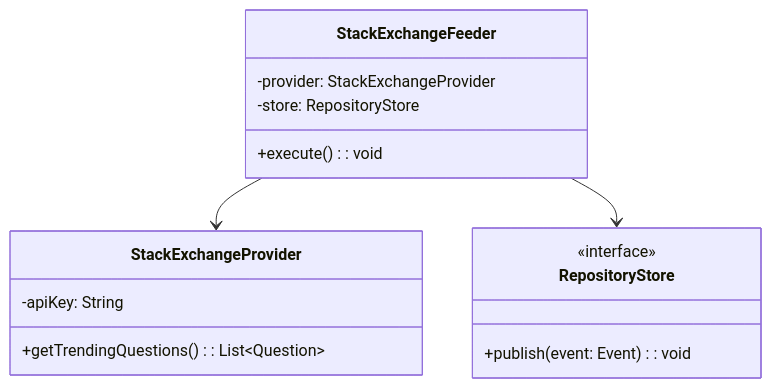
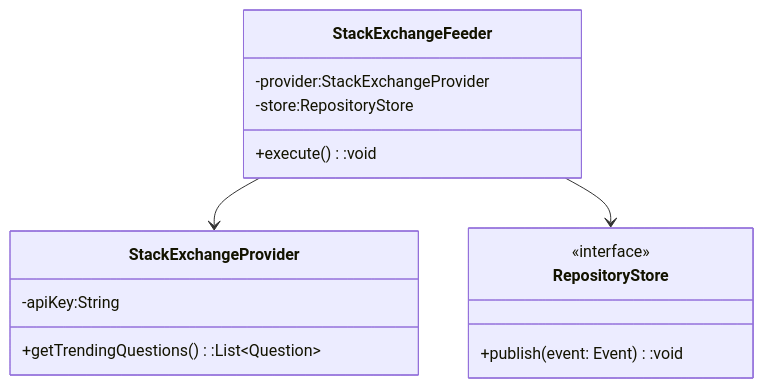
Before and after one commit to TechnoRadar/techno-radar: the third of 5 diagrams in README.md, drawn with Mermaid. The commit also changed other lines of this file, not shown here.

Commit message:
Fix formatting in class diagrams in README.md

````diff
--- a/README.md
+++ b/README.md
@@ -262,18 +262,18 @@
 ```mermaid
 classDiagram
     class StackExchangeFeeder {
-        -provider: StackExchangeProvider
-        -store: RepositoryStore
-        +execute(): void
+        -provider:StackExchangeProvider
+        -store:RepositoryStore
+        +execute():void
     }
     class StackExchangeProvider {
-        -apiKey: String
-        +getTrendingQuestions(): List~Question~
+        -apiKey:String
+        +getTrendingQuestions():List~Question~
     }
     class RepositoryStore {
         <<interface>>
-        +publish(event: Event): void
+        +publish(event: Event):void
     }
     StackExchangeFeeder --> StackExchangeProvider
     StackExchangeFeeder --> RepositoryStore
 ```
````
